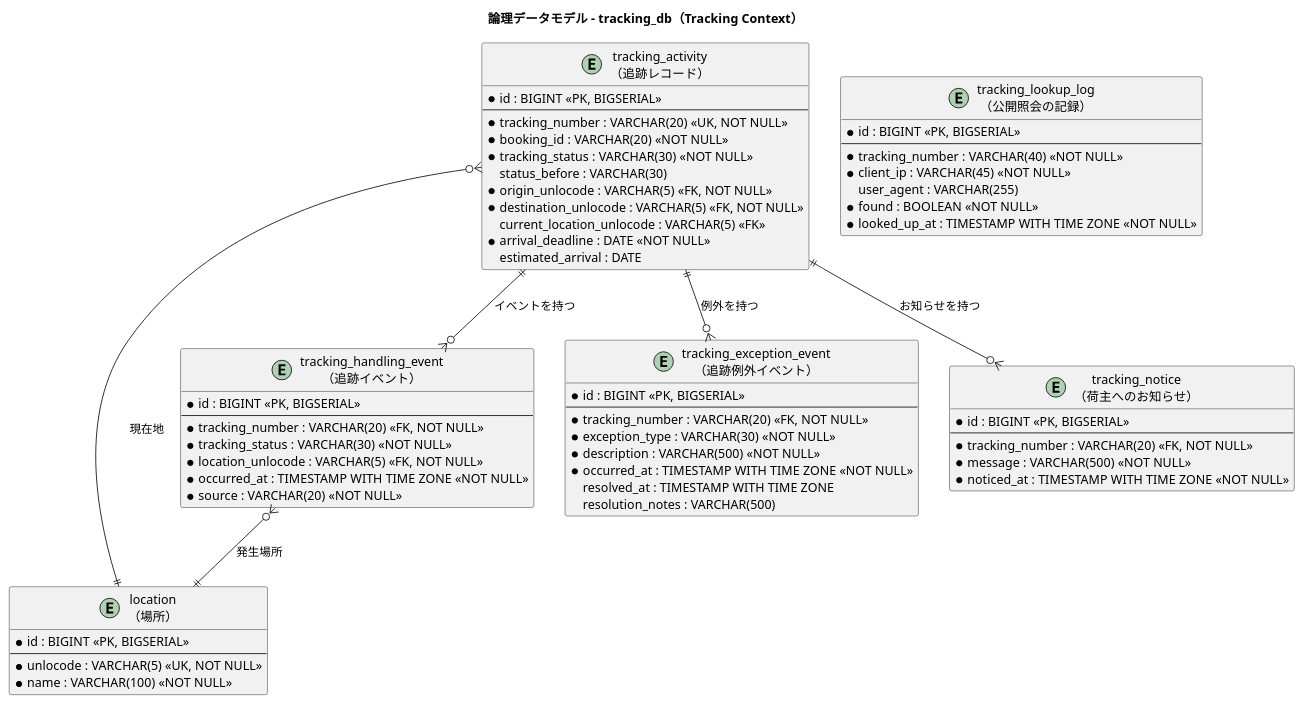
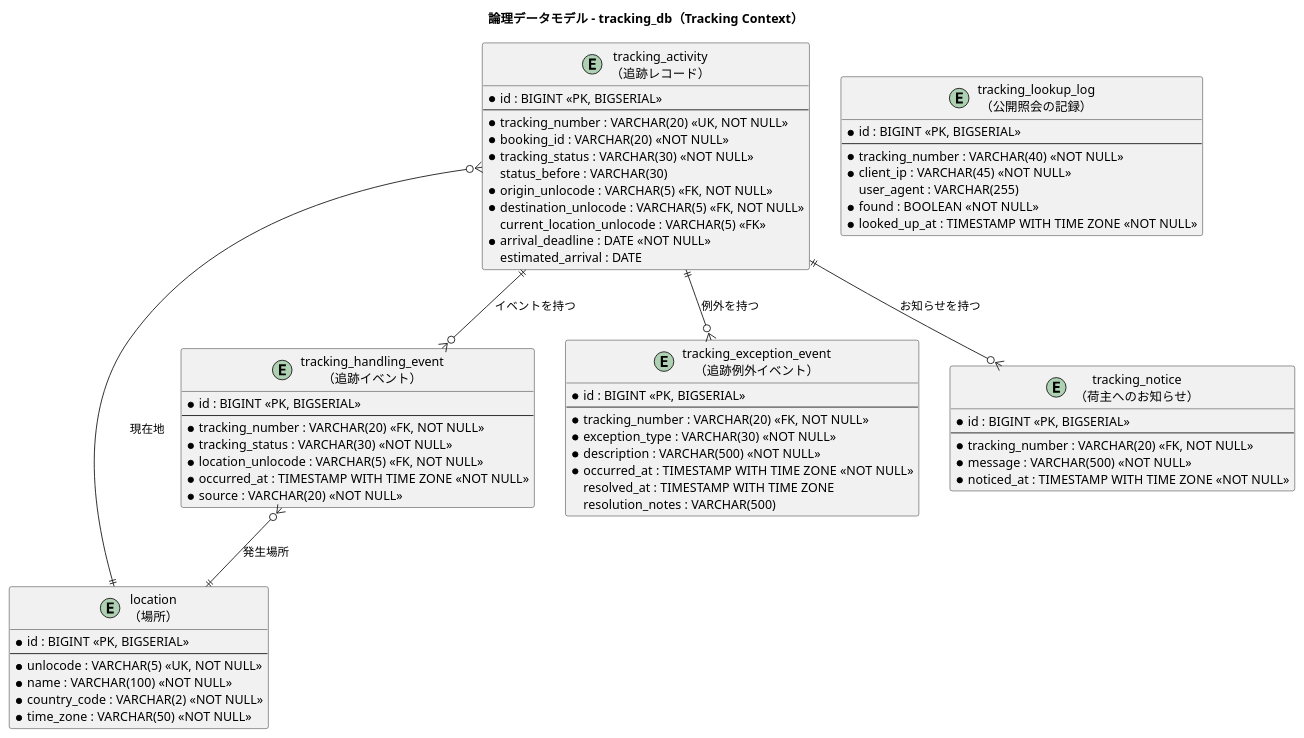
Before and after one commit to k2works/case-study-cargo-tracker: the fifth of 7 diagrams in docs/design/data-model.md, drawn with PlantUML. The commit also changed other lines of this file and 2 other files, not shown here.

First line of the commit message:
test(schema): 設計と実スキーマのずれを検査に落とす

````diff
--- a/docs/design/data-model.md
+++ b/docs/design/data-model.md
@@ -579,72 +581,74 @@
 ```plantuml
 @startuml
 title 論理データモデル - tracking_db（Tracking Context）
 
 entity "location\n（場所）" as location {
   * id : BIGINT <<PK, BIGSERIAL>>
   --
   * unlocode : VARCHAR(5) <<UK, NOT NULL>>
   * name : VARCHAR(100) <<NOT NULL>>
+  * country_code : VARCHAR(2) <<NOT NULL>>
+  * time_zone : VARCHAR(50) <<NOT NULL>>
 }
 
 entity "tracking_activity\n（追跡レコード）" as tracking_activity {
   * id : BIGINT <<PK, BIGSERIAL>>
   --
   * tracking_number : VARCHAR(20) <<UK, NOT NULL>>
   * booking_id : VARCHAR(20) <<NOT NULL>>
   * tracking_status : VARCHAR(30) <<NOT NULL>>
   status_before : VARCHAR(30)
   * origin_unlocode : VARCHAR(5) <<FK, NOT NULL>>
   * destination_unlocode : VARCHAR(5) <<FK, NOT NULL>>
   current_location_unlocode : VARCHAR(5) <<FK>>
   * arrival_deadline : DATE <<NOT NULL>>
   estimated_arrival : DATE
 }
 
 entity "tracking_handling_event\n（追跡イベント）" as tracking_handling_event {
   * id : BIGINT <<PK, BIGSERIAL>>
   --
   * tracking_number : VARCHAR(20) <<FK, NOT NULL>>
   * tracking_status : VARCHAR(30) <<NOT NULL>>
   * location_unlocode : VARCHAR(5) <<FK, NOT NULL>>
   * occurred_at : TIMESTAMP WITH TIME ZONE <<NOT NULL>>
   * source : VARCHAR(20) <<NOT NULL>>
 }
 
 entity "tracking_exception_event\n（追跡例外イベント）" as tracking_exception_event {
   * id : BIGINT <<PK, BIGSERIAL>>
   --
   * tracking_number : VARCHAR(20) <<FK, NOT NULL>>
   * exception_type : VARCHAR(30) <<NOT NULL>>
   * description : VARCHAR(500) <<NOT NULL>>
   * occurred_at : TIMESTAMP WITH TIME ZONE <<NOT NULL>>
   resolved_at : TIMESTAMP WITH TIME ZONE
   resolution_notes : VARCHAR(500)
 }
 
 entity "tracking_notice\n（荷主へのお知らせ）" as tracking_notice {
   * id : BIGINT <<PK, BIGSERIAL>>
   --
   * tracking_number : VARCHAR(20) <<FK, NOT NULL>>
   * message : VARCHAR(500) <<NOT NULL>>
   * noticed_at : TIMESTAMP WITH TIME ZONE <<NOT NULL>>
 }
 
 entity "tracking_lookup_log\n（公開照会の記録）" as tracking_lookup_log {
   * id : BIGINT <<PK, BIGSERIAL>>
   --
   * tracking_number : VARCHAR(40) <<NOT NULL>>
   * client_ip : VARCHAR(45) <<NOT NULL>>
   user_agent : VARCHAR(255)
   * found : BOOLEAN <<NOT NULL>>
   * looked_up_at : TIMESTAMP WITH TIME ZONE <<NOT NULL>>
 }
 
 tracking_activity ||--o{ tracking_handling_event : "イベントを持つ"
 tracking_activity ||--o{ tracking_exception_event : "例外を持つ"
 tracking_activity ||--o{ tracking_notice : "お知らせを持つ"
 tracking_handling_event }o--|| location : "発生場所"
 tracking_activity }o--|| location : "現在地"
 
 @enduml
 ```
````
